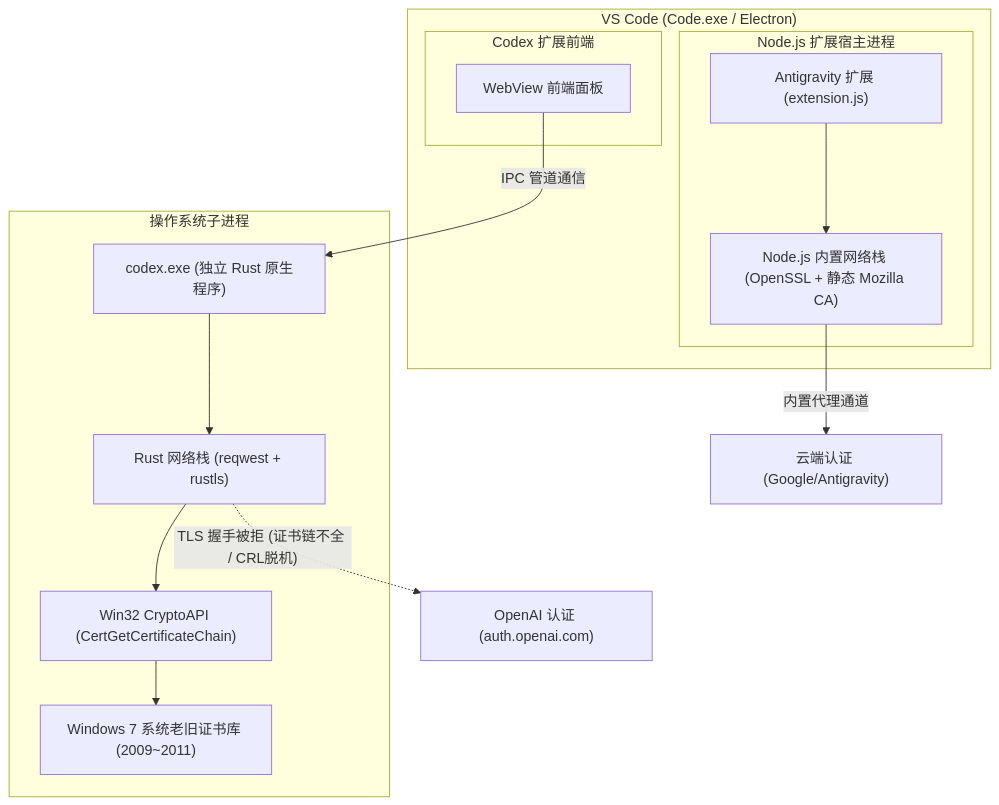
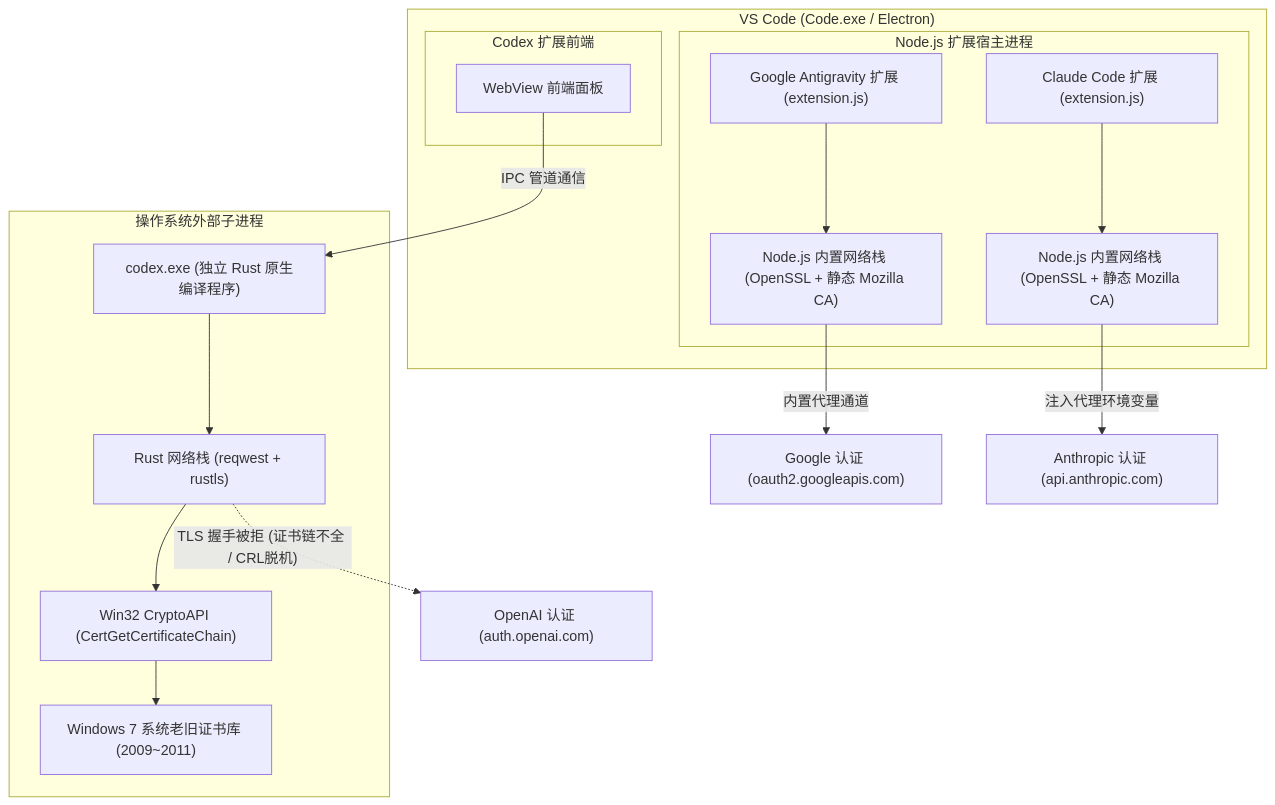
One commit to liusj2000/VxKex-NEXT changed the diagram in docx/Antigravity与Codex插件认证架构及TLS对比分析-20261018.md. Above: the diagram before and after it, drawn with Mermaid. The commit also changed other lines of this file, not shown here.

Commit message:
docs: 完善对比分析，补充 Claude Code 与 Antigravity / Codex 的三方对比

````diff
--- a/docx/Antigravity与Codex插件认证架构及TLS对比分析-20261018.md
+++ b/docx/Antigravity与Codex插件认证架构及TLS对比分析-20261018.md
@@ -19,28 +22,32 @@
 ```mermaid
 flowchart TD
     subgraph VSCode["VS Code (Code.exe / Electron)"]
         subgraph NodeHost["Node.js 扩展宿主进程"]
-            AG["Antigravity 扩展 (extension.js)"]
+            AG["Google Antigravity 扩展 (extension.js)"]
+            CC["Claude Code 扩展 (extension.js)"]
             AGNet["Node.js 内置网络栈 (OpenSSL + 静态 Mozilla CA)"]
+            CCNet["Node.js 内置网络栈 (OpenSSL + 静态 Mozilla CA)"]
             AG --> AGNet
+            CC --> CCNet
         end
         subgraph CodexUI["Codex 扩展前端"]
             WV["WebView 前端面板"]
         end
     end
 
-    subgraph OS["操作系统子进程"]
-        CodexBin["codex.exe (独立 Rust 原生程序)"]
+    subgraph OS["操作系统外部子进程"]
+        CodexBin["codex.exe (独立 Rust 原生编译程序)"]
         RustNet["Rust 网络栈 (reqwest + rustls)"]
         CryptoAPI["Win32 CryptoAPI (CertGetCertificateChain)"]
         Win7Store["Windows 7 系统老旧证书库 (2009~2011)"]
         
         CodexBin --> RustNet
         RustNet --> CryptoAPI
         CryptoAPI --> Win7Store
     end
 
     WV -- IPC 管道通信 --> CodexBin
-    AGNet -- 内置代理通道 --> CloudAG["云端认证 (Google/Antigravity)"]
+    AGNet -- 内置代理通道 --> CloudAG["Google 认证 (oauth2.googleapis.com)"]
+    CCNet -- 注入代理环境变量 --> CloudCC["Anthropic 认证 (api.anthropic.com)"]
     RustNet -. TLS 握手被拒 (证书链不全 / CRL脱机) .-> CloudOAI["OpenAI 认证 (auth.openai.com)"]
 ```
````
